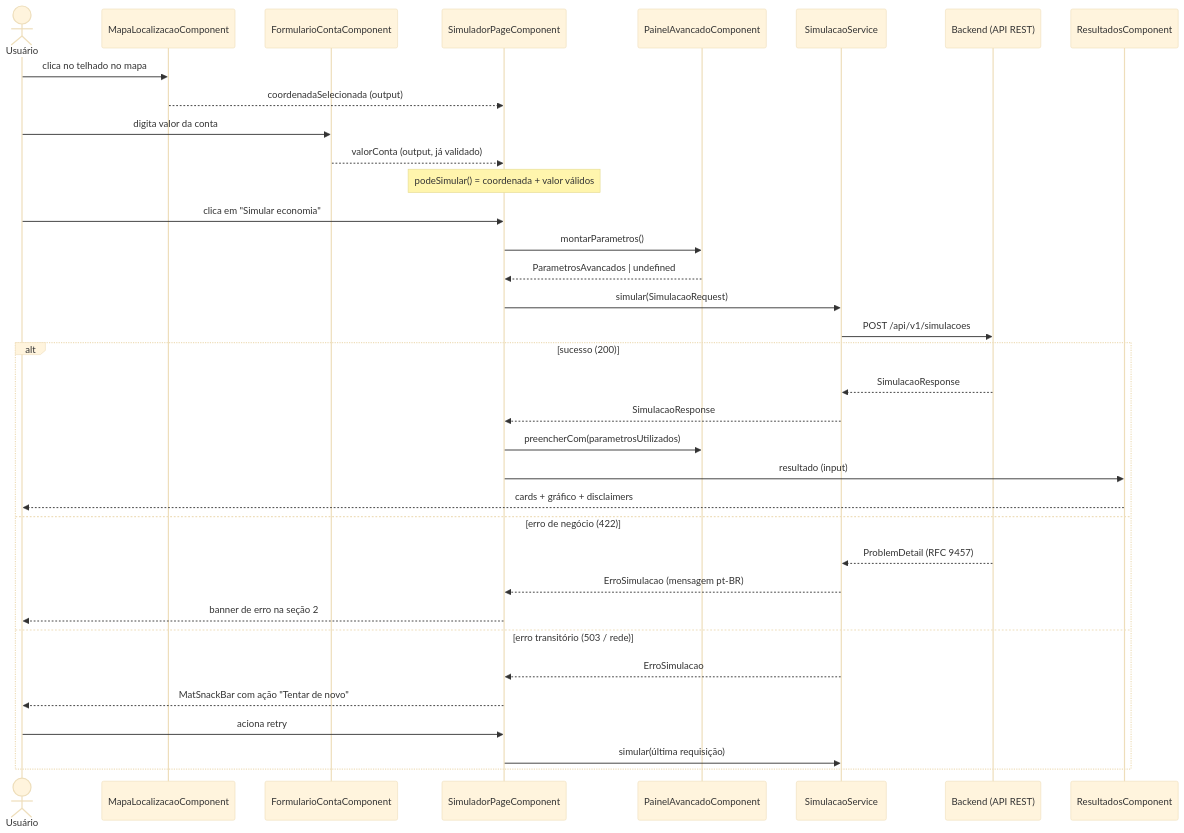
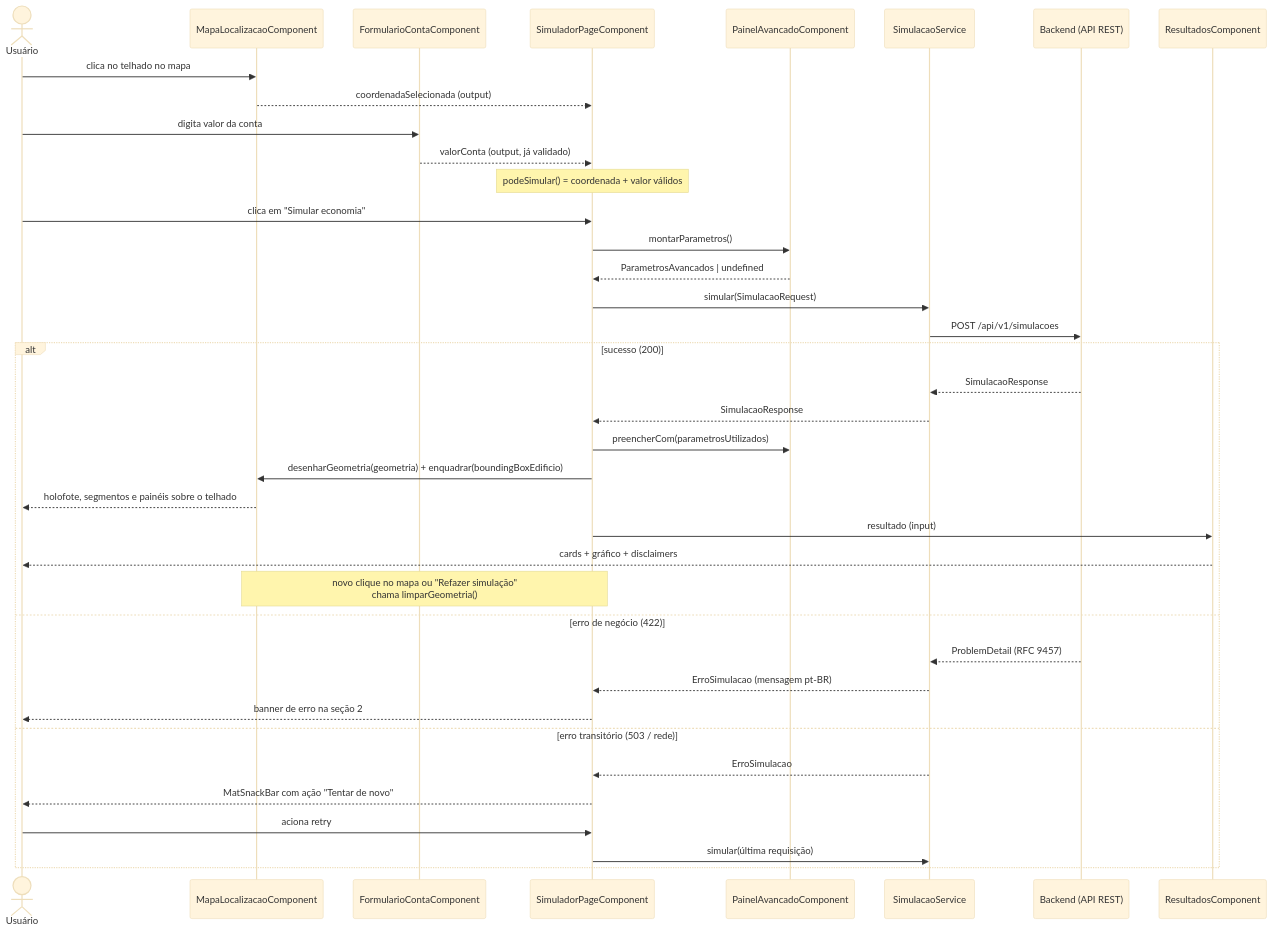
Before and after one commit to caruazu/curazi-gui: the second of 5 diagrams in ABOUT.md, drawn with Mermaid (base theme). The commit also changed other lines of this file and 12 other files, not shown here.

````diff
--- a/ABOUT.md
+++ b/ABOUT.md
@@ -89,38 +91,41 @@
 ```mermaid
 sequenceDiagram
     actor U as Usuário
     participant M as MapaLocalizacaoComponent
     participant F as FormularioContaComponent
     participant P as SimuladorPageComponent
     participant PA as PainelAvancadoComponent
     participant S as SimulacaoService
     participant B as Backend (API REST)
     participant R as ResultadosComponent
 
     U->>M: clica no telhado no mapa
     M-->>P: coordenadaSelecionada (output)
     U->>F: digita valor da conta
     F-->>P: valorConta (output, já validado)
     Note over P: podeSimular() = coordenada + valor válidos
     U->>P: clica em "Simular economia"
     P->>PA: montarParametros()
     PA-->>P: ParametrosAvancados | undefined
     P->>S: simular(SimulacaoRequest)
     S->>B: POST /api/v1/simulacoes
     alt sucesso (200)
         B-->>S: SimulacaoResponse
         S-->>P: SimulacaoResponse
         P->>PA: preencherCom(parametrosUtilizados)
+        P->>M: desenharGeometria(geometria) + enquadrar(boundingBoxEdificio)
+        M-->>U: holofote, segmentos e painéis sobre o telhado
         P->>R: resultado (input)
         R-->>U: cards + gráfico + disclaimers
+        Note over P,M: novo clique no mapa ou "Refazer simulação"<br/>chama limparGeometria()
     else erro de negócio (422)
         B-->>S: ProblemDetail (RFC 9457)
         S-->>P: ErroSimulacao (mensagem pt-BR)
         P-->>U: banner de erro na seção 2
     else erro transitório (503 / rede)
         S-->>P: ErroSimulacao
         P-->>U: MatSnackBar com ação "Tentar de novo"
         U->>P: aciona retry
         P->>S: simular(última requisição)
     end
 ```
````
